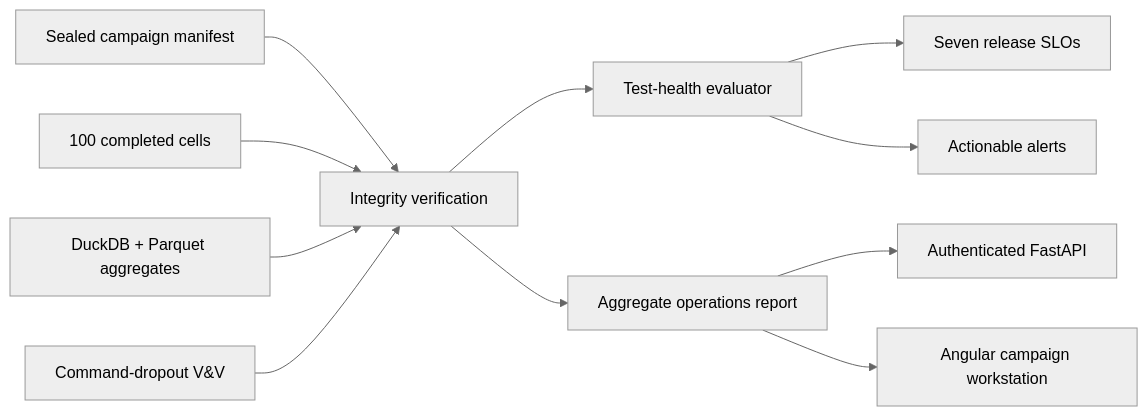
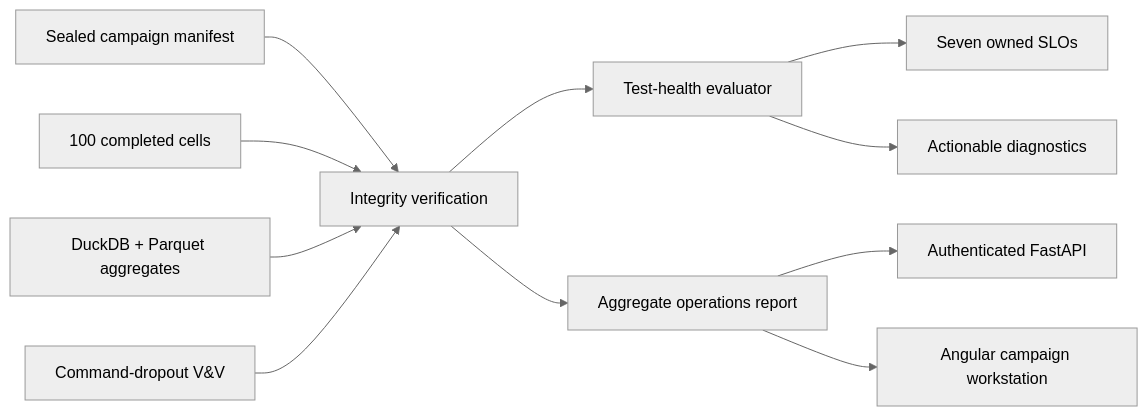
One commit to ethanvillalovoz/planmargin changed the diagram in docs/test-operations.md. Above: the diagram before and after it, drawn with Mermaid (neutral theme). The commit also changed other lines of this file and 32 other files, not shown here.

````diff
--- a/docs/test-operations.md
+++ b/docs/test-operations.md
@@ -15,13 +15,13 @@
 ```mermaid
 flowchart LR
     M["Sealed campaign manifest"] --> V["Integrity verification"]
     C["100 completed cells"] --> V
     D["DuckDB + Parquet aggregates"] --> V
     F["Command-dropout V&V"] --> V
     V --> H["Test-health evaluator"]
-    H --> S["Seven release SLOs"]
-    H --> A["Actionable alerts"]
+    H --> S["Seven owned SLOs"]
+    H --> A["Actionable diagnostics"]
     V --> R["Aggregate operations report"]
     R --> API["Authenticated FastAPI"]
     R --> UI["Angular campaign workstation"]
 ```
````
